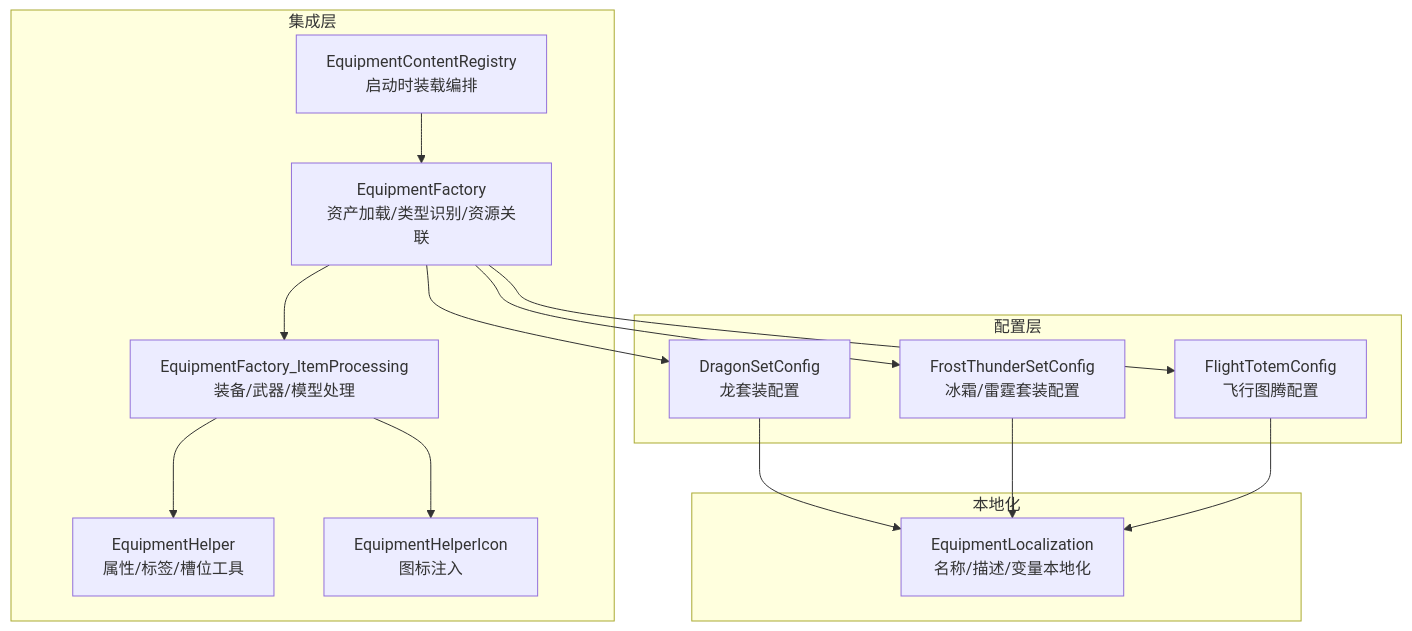
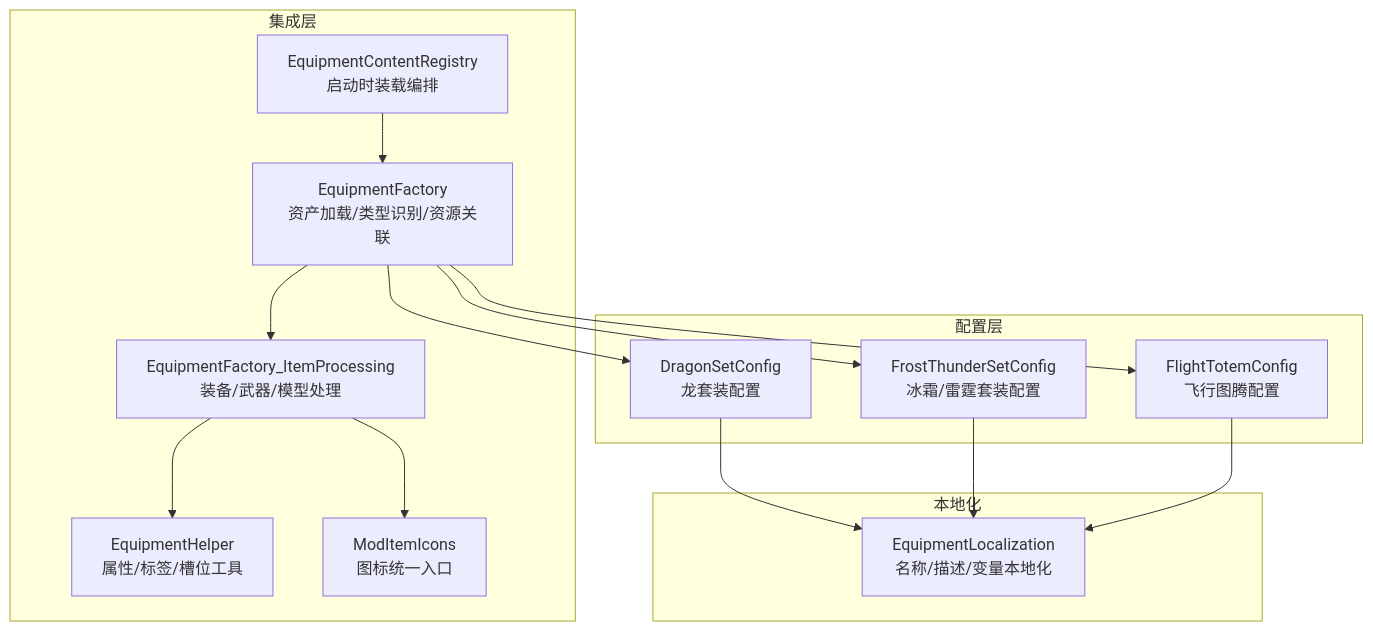
The first of 6 diagrams in .qoder/repowiki/zh/content/项目概览/核心功能特性/装备与物品系统/装备框架与工厂系统.md (GASEN1216/BossRushMod), drawn with Mermaid before and after one commit. The commit also changed other lines of this file and 315 other files, not shown here.

Commit message:
v2.6.0：收集品 100 件与收藏册（开箱额外一格、九图两全图系列与珍品、集齐奖励、杰夫引导 590217、陈列柜实物与 6–8 档格框），全部物品图标按原版画风重画并统一到 ModItemIcons + Publish；资源读取统一为 ModSprites、ResourceBundleLoader、JsonDataRegistry、BossRushOfficialAudio、GetModPath 五个入口并删过期加载代码，修好从未响过的龙王武器射击音；主角枪械暴击率加成改为爆头伤害，收集品审核七条全修

````diff
--- a/.qoder/repowiki/zh/content/项目概览/核心功能特性/装备与物品系统/装备框架与工厂系统.md
+++ b/.qoder/repowiki/zh/content/项目概览/核心功能特性/装备与物品系统/装备框架与工厂系统.md
@@ -36,28 +36,28 @@
 ```mermaid
 graph TB
 subgraph "集成层"
 EF["EquipmentFactory<br/>资产加载/类型识别/资源关联"]
 EFP["EquipmentFactory_ItemProcessing<br/>装备/武器/模型处理"]
 EH["EquipmentHelper<br/>属性/标签/槽位工具"]
-EHI["EquipmentHelperIcon<br/>图标注入"]
+EHI["ModItemIcons<br/>图标统一入口"]
 ECR["EquipmentContentRegistry<br/>启动时装载编排"]
 end
 subgraph "配置层"
 DSC["DragonSetConfig<br/>龙套装配置"]
 FTS["FrostThunderSetConfig<br/>冰霜/雷霆套装配置"]
 FTC["FlightTotemConfig<br/>飞行图腾配置"]
 end
 subgraph "本地化"
 EL["EquipmentLocalization<br/>名称/描述/变量本地化"]
 end
 ECR --> EF
 EF --> EFP
 EF --> DSC
 EF --> FTS
 EF --> FTC
 EFP --> EH
 EFP --> EHI
 DSC --> EL
 FTS --> EL
 FTC --> EL
 ```
````
